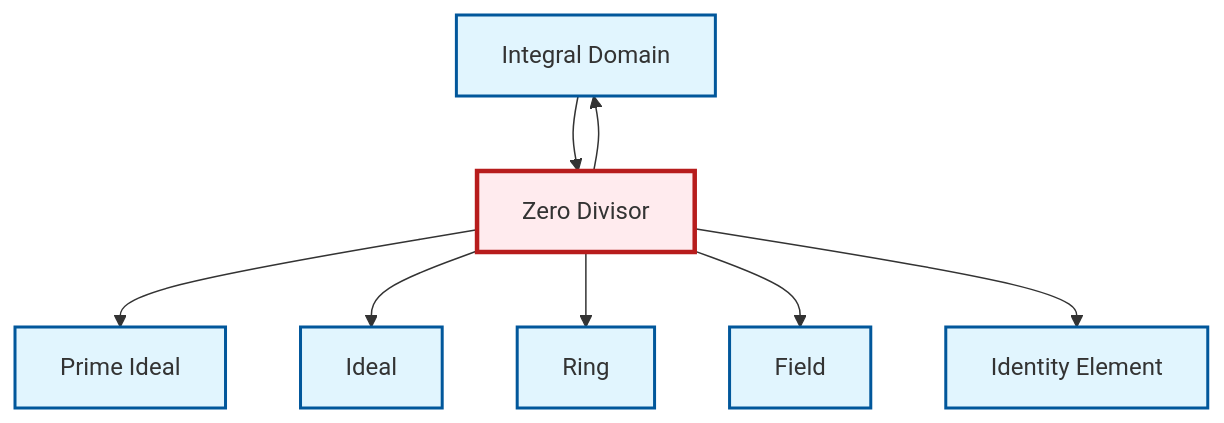
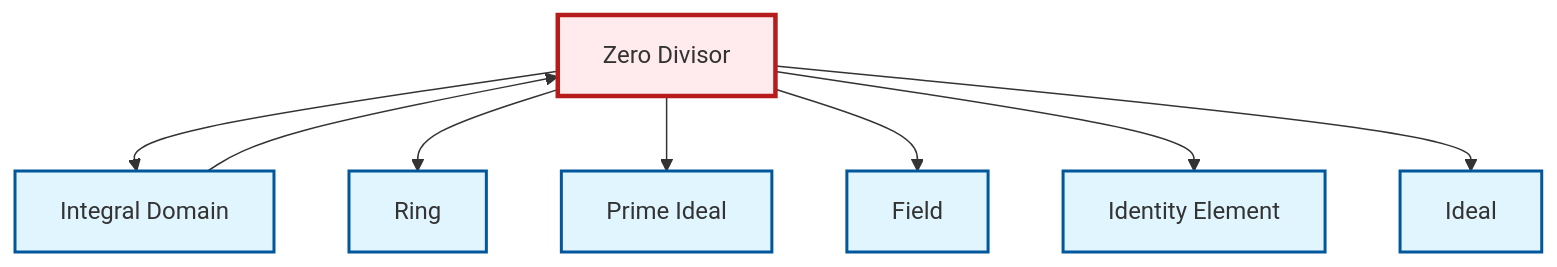
The diagram in output/mermaid/en/def-zero-divisor.mermaid (RK0429/ModernMath), drawn with Mermaid before and after one commit. The commit also changed other lines of this file and 1702 other files, not shown here.

```diff
--- a/output/mermaid/en/def-zero-divisor.mermaid
+++ b/output/mermaid/en/def-zero-divisor.mermaid
@@ -1,21 +1,21 @@
 graph TD
     classDef definition fill:#e1f5fe,stroke:#01579b,stroke-width:2px
     classDef theorem fill:#f3e5f5,stroke:#4a148c,stroke-width:2px
     classDef axiom fill:#fff3e0,stroke:#e65100,stroke-width:2px
     classDef example fill:#e8f5e9,stroke:#1b5e20,stroke-width:2px
     classDef current fill:#ffebee,stroke:#b71c1c,stroke-width:3px
+    def-prime-ideal["Prime Ideal"]:::definition
     def-field["Field"]:::definition
+    def-ring["Ring"]:::definition
     def-ideal["Ideal"]:::definition
+    def-identity-element["Identity Element"]:::definition
+    def-zero-divisor["Zero Divisor"]:::definition
     def-integral-domain["Integral Domain"]:::definition
-    def-zero-divisor["Zero Divisor"]:::definition
-    def-prime-ideal["Prime Ideal"]:::definition
-    def-identity-element["Identity Element"]:::definition
-    def-ring["Ring"]:::definition
     def-zero-divisor --> def-integral-domain
+    def-zero-divisor --> def-ring
+    def-integral-domain --> def-zero-divisor
     def-zero-divisor --> def-prime-ideal
-    def-zero-divisor --> def-ideal
-    def-zero-divisor --> def-ring
     def-zero-divisor --> def-field
     def-zero-divisor --> def-identity-element
-    def-integral-domain --> def-zero-divisor
+    def-zero-divisor --> def-ideal
     class def-zero-divisor current
```
